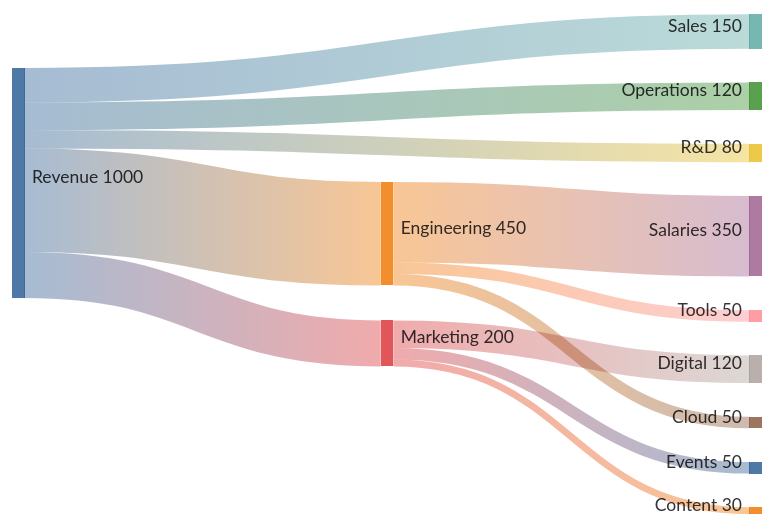
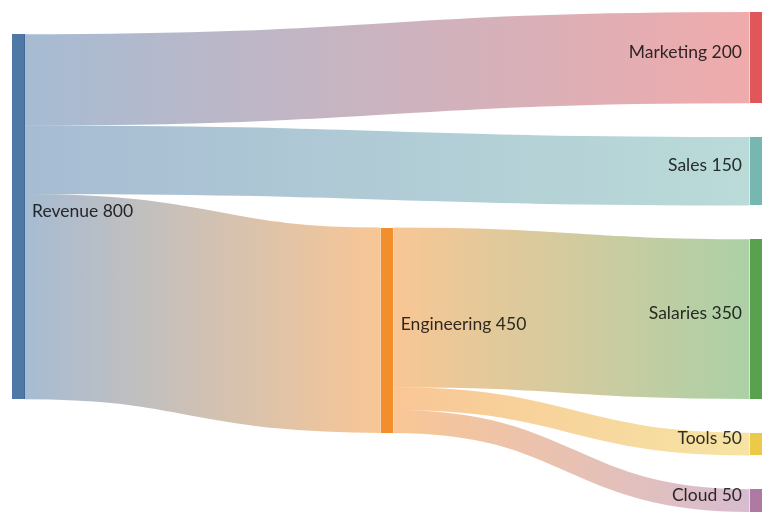
One commit to marcusquinn/aidevops changed the sixth of 9 diagrams in .agents/tools/diagrams/mermaid-diagrams-skill/data-charts.md. Above: the diagram before and after it, drawn with Mermaid. The commit also changed other lines of this file, not shown here.

Commit message:
docs: tighten Data Charts & Timelines doc (209 -> 155 lines, -26%) (#11602)

````diff
--- a/.agents/tools/diagrams/mermaid-diagrams-skill/data-charts.md
+++ b/.agents/tools/diagrams/mermaid-diagrams-skill/data-charts.md
@@ -129,17 +96,11 @@
 ```mermaid
 sankey-beta
 
 Revenue, Engineering, 450
 Revenue, Marketing, 200
 Revenue, Sales, 150
-Revenue, Operations, 120
-Revenue, R&D, 80
 
 Engineering, Salaries, 350
 Engineering, Tools, 50
 Engineering, Cloud, 50
-
-Marketing, Digital, 120
-Marketing, Events, 50
-Marketing, Content, 30
 ```
````
